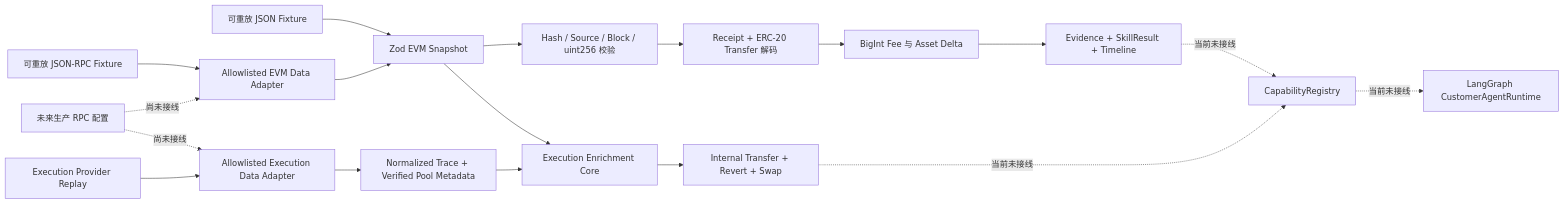
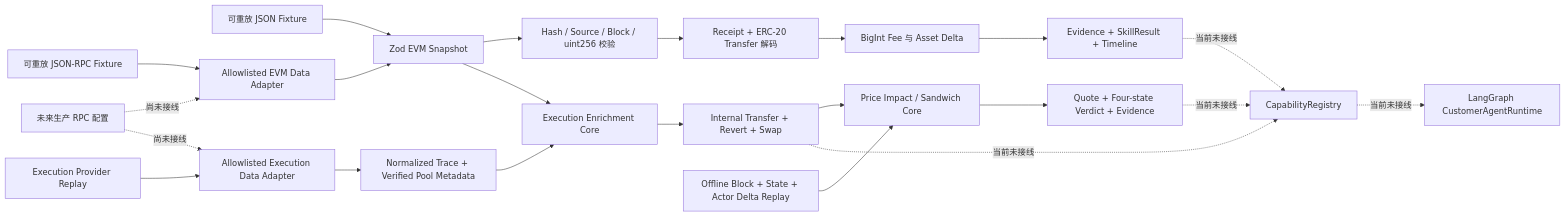
The diagram in docs/transaction-analysis-core.md (spencer17x/xxyy-ask), drawn with Mermaid before and after one commit. The commit also changed other lines of this file and 25 other files, not shown here.

Commit message:
feat(rag): add EVM price impact sandwich core

````diff
--- a/docs/transaction-analysis-core.md
+++ b/docs/transaction-analysis-core.md
@@ -11,21 +11,25 @@
 ```mermaid
 flowchart LR
   Fixture["可重放 JSON Fixture"] --> Snapshot["Zod EVM Snapshot"]
   RpcFixture["可重放 JSON-RPC Fixture"] --> DataAdapter["Allowlisted EVM Data Adapter"]
   ConfiguredRpc["未来生产 RPC 配置"] -. "尚未接线" .-> DataAdapter
   DataAdapter --> Snapshot
   ExecFixture["Execution Provider Replay"] --> ExecAdapter["Allowlisted Execution Data Adapter"]
   ConfiguredRpc -. "尚未接线" .-> ExecAdapter
   ExecAdapter --> Trace["Normalized Trace + Verified Pool Metadata"]
   Snapshot --> Validate["Hash / Source / Block / uint256 校验"]
   Validate --> Decode["Receipt + ERC-20 Transfer 解码"]
   Decode --> Calculate["BigInt Fee 与 Asset Delta"]
   Calculate --> Result["Evidence + SkillResult + Timeline"]
   Snapshot --> Enrichment["Execution Enrichment Core"]
   Trace --> Enrichment
   Enrichment --> Enriched["Internal Transfer + Revert + Swap"]
+  Neighborhood["Offline Block + State + Actor Delta Replay"] --> Mev["Price Impact / Sandwich Core"]
+  Enriched --> Mev
+  Mev --> MevResult["Quote + Four-state Verdict + Evidence"]
 
   Result -. "当前未接线" .-> Capability["CapabilityRegistry"]
   Enriched -. "当前未接线" .-> Capability
+  MevResult -. "当前未接线" .-> Capability
   Capability -. "当前未接线" .-> Agent["LangGraph CustomerAgentRuntime"]
 ```
````
